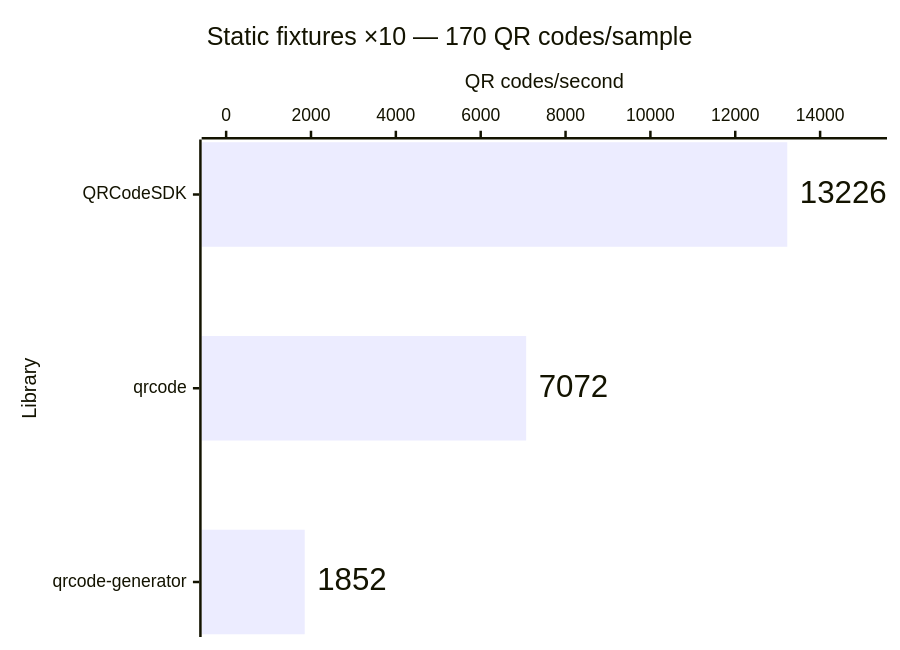
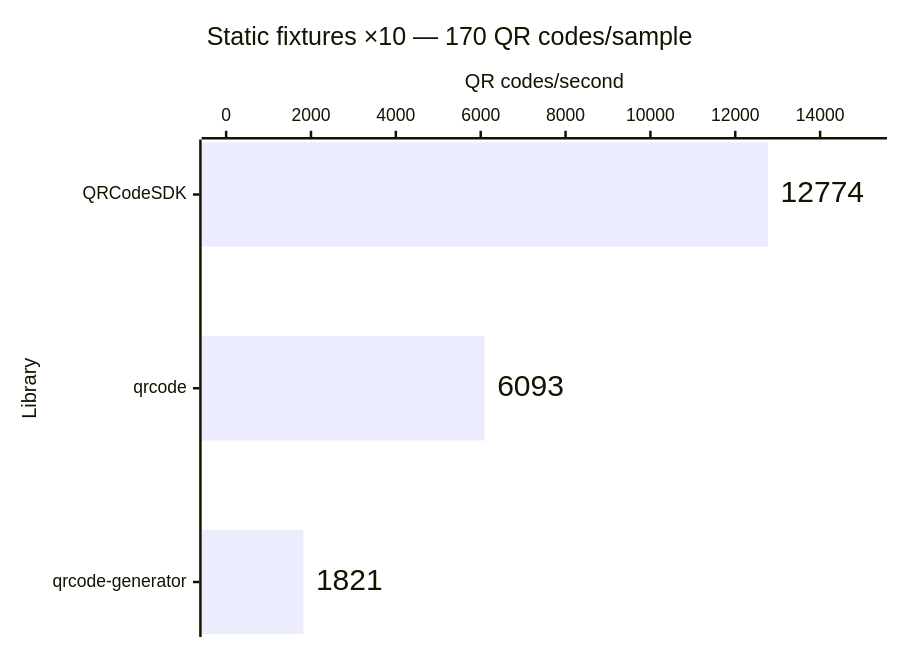
The second of 14 diagrams in apps/docs/src/content/docs/learn/performance.md (Dafnik/qrcodesdk), drawn with Mermaid before and after one commit. The commit also changed other lines of this file and 2 other files, not shown here.

````diff
--- a/apps/docs/src/content/docs/learn/performance.md
+++ b/apps/docs/src/content/docs/learn/performance.md
@@ -45,15 +45,15 @@
 ```mermaid
 ---
 config:
   xyChart:
     showDataLabel: true
     showDataLabelOutsideBar: true
 ---
 xychart horizontal
   accTitle: Matrix generation: Static fixtures ×10 — 170 QR codes/sample
-  accDescr: Throughput calculated from median time. QRCodeSDK 13,226 QR codes per second, qrcode 7,072 QR codes per second, qrcode-generator 1,852 QR codes per second. Higher is better.
+  accDescr: Throughput calculated from median time. QRCodeSDK 12,774 QR codes per second, qrcode 6,093 QR codes per second, qrcode-generator 1,821 QR codes per second. Higher is better.
   title "Static fixtures ×10 — 170 QR codes/sample"
   x-axis "Library" ["QRCodeSDK", "qrcode", "qrcode-generator"]
   y-axis "QR codes/second" 0 --> 15000
-  bar [13226, 7072, 1852]
+  bar [12774, 6093, 1821]
 ```
````
